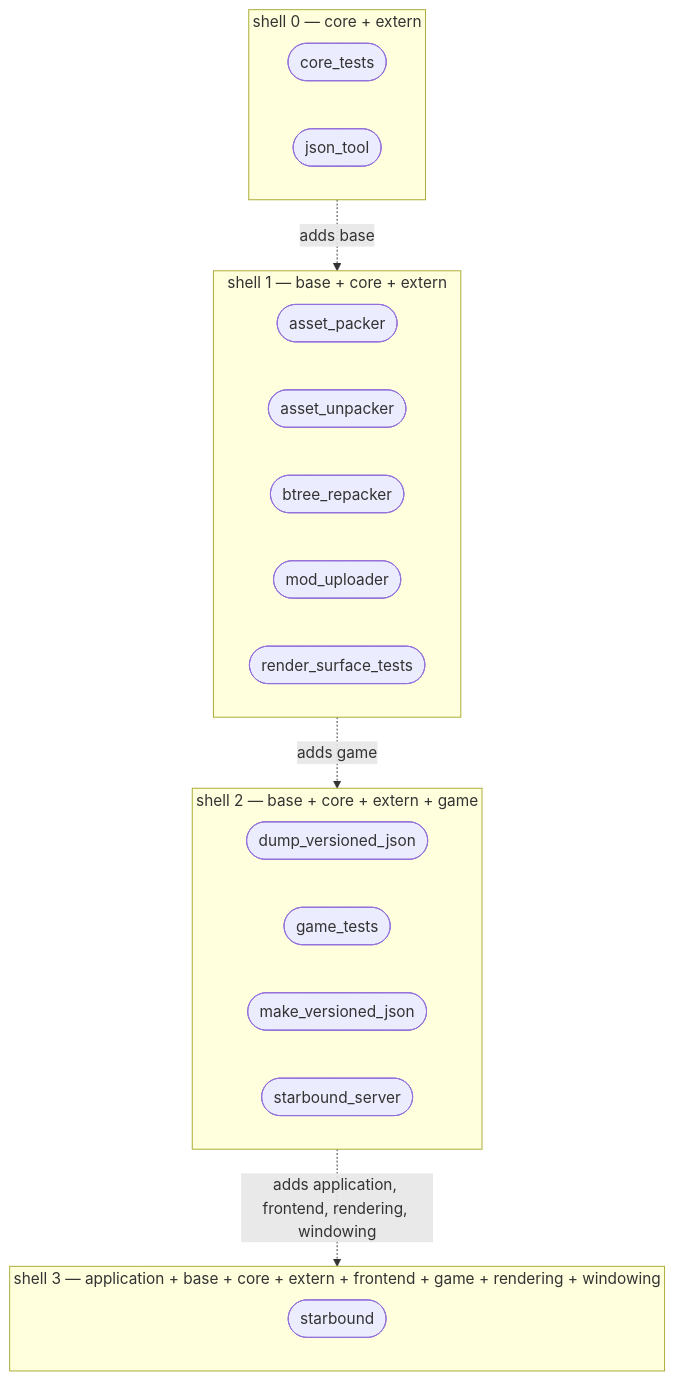
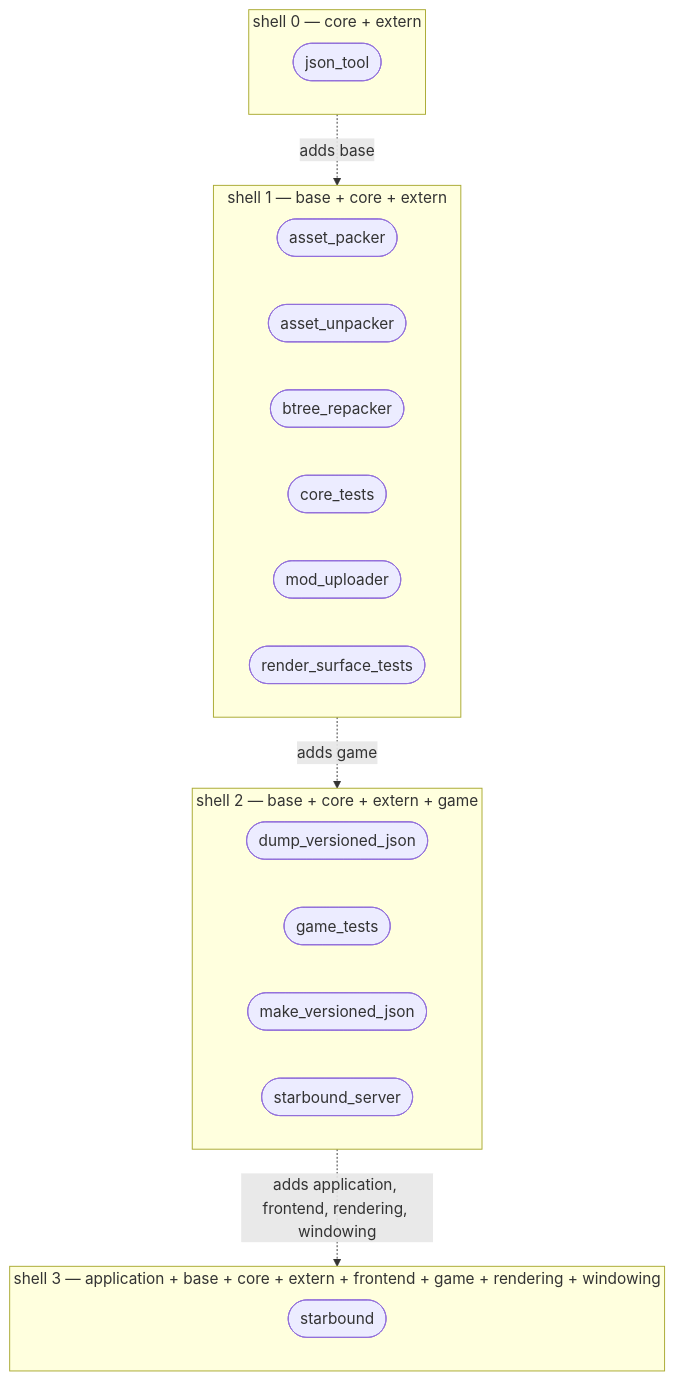
One commit to apnex/OpenStarbound changed the fourth of 11 diagrams in docs/architecture/system-boundaries.md. Above: the diagram before and after it, drawn with Mermaid. The commit also changed other lines of this file and 1 other file, not shown here.

````diff
--- a/docs/architecture/system-boundaries.md
+++ b/docs/architecture/system-boundaries.md
@@ -344,30 +344,30 @@
 ```mermaid
 flowchart TD
   subgraph S0["shell 0 — core + extern"]
     direction LR
-    core_tests(["core_tests"])
     json_tool(["json_tool"])
   end
   subgraph S1["shell 1 — base + core + extern"]
     direction LR
     asset_packer(["asset_packer"])
     asset_unpacker(["asset_unpacker"])
     btree_repacker(["btree_repacker"])
+    core_tests(["core_tests"])
     mod_uploader(["mod_uploader"])
     render_surface_tests(["render_surface_tests"])
   end
   S0 -.->|adds base| S1
   subgraph S2["shell 2 — base + core + extern + game"]
     direction LR
     dump_versioned_json(["dump_versioned_json"])
     game_tests(["game_tests"])
     make_versioned_json(["make_versioned_json"])
     starbound_server(["starbound_server"])
   end
   S1 -.->|adds game| S2
   subgraph S3["shell 3 — application + base + core + extern + frontend + game + rendering + windowing"]
     direction LR
     starbound(["starbound"])
   end
   S2 -.->|adds application, frontend, rendering, windowing| S3
 ```
````
